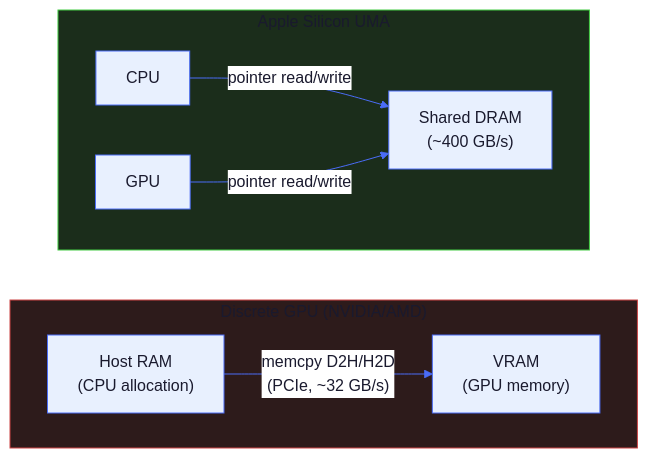
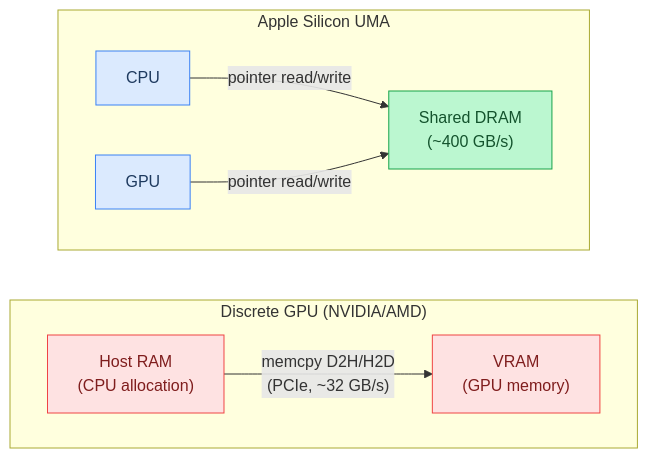
The first of 9 diagrams in docs/tutorial/11-metal-backend-internals.md (maci0/agave), drawn with Mermaid before and after one commit. The commit also changed other lines of this file and 24 other files, not shown here.

First line of the commit message:
docs: convert all mermaid diagrams to classDef semantic colors

````diff
--- a/docs/tutorial/11-metal-backend-internals.md
+++ b/docs/tutorial/11-metal-backend-internals.md
@@ -9,31 +9,26 @@
 ```mermaid
-%%{init: {'theme': 'base', 'themeVariables': {
-  'primaryColor': '#e8f0fe',
-  'primaryTextColor': '#1a1a2e',
-  'primaryBorderColor': '#4a6cf7',
-  'lineColor': '#4a6cf7',
-  'secondaryColor': '#f0f4ff',
-  'tertiaryColor': '#f8f9ff',
-  'edgeLabelBackground': '#ffffff',
-  'clusterBkg': '#f0f4ff',
-  'clusterBorder': '#4a6cf7',
-  'titleColor': '#1a1a2e',
-  'nodeTextColor': '#1a1a2e',
-  'fontFamily': 'ui-monospace, SFMono-Regular, monospace'
-}}}%%
 flowchart LR
+    classDef setup     fill:#dbeafe,stroke:#3b82f6,color:#1e3a5f
+    classDef sync      fill:#dcfce7,stroke:#22c55e,color:#14532d
+    classDef migration fill:#fef9c3,stroke:#eab308,color:#713f12
+    classDef success   fill:#bbf7d0,stroke:#16a34a,color:#14532d
+    classDef danger    fill:#fee2e2,stroke:#ef4444,color:#7f1d1d
+    classDef optional  fill:#f3e8ff,stroke:#9333ea,color:#581c87
+
+    H1["Host RAM\n(CPU allocation)"]:::danger
+    V1["VRAM\n(GPU memory)"]:::danger
+    Shared["Shared DRAM\n(~400 GB/s)"]:::success
+    CPU["CPU"]:::setup
+    GPU["GPU"]:::setup
+
     subgraph Discrete["Discrete GPU (NVIDIA/AMD)"]
         direction LR
-        H1["Host RAM\n(CPU allocation)"] -->|"memcpy D2H/H2D\n(PCIe, ~32 GB/s)"| V1["VRAM\n(GPU memory)"]
+        H1 -->|"memcpy D2H/H2D\n(PCIe, ~32 GB/s)"| V1
     end
 
     subgraph UMA["Apple Silicon UMA"]
         direction LR
-        Shared["Shared DRAM\n(~400 GB/s)"]
-        CPU["CPU"] -->|"pointer read/write"| Shared
-        GPU["GPU"] -->|"pointer read/write"| Shared
+        CPU -->|"pointer read/write"| Shared
+        GPU -->|"pointer read/write"| Shared
     end
-
-    style Discrete fill:#2d1b1b,stroke:#cc4444
-    style UMA fill:#1b2d1b,stroke:#44cc44
 ```
````
